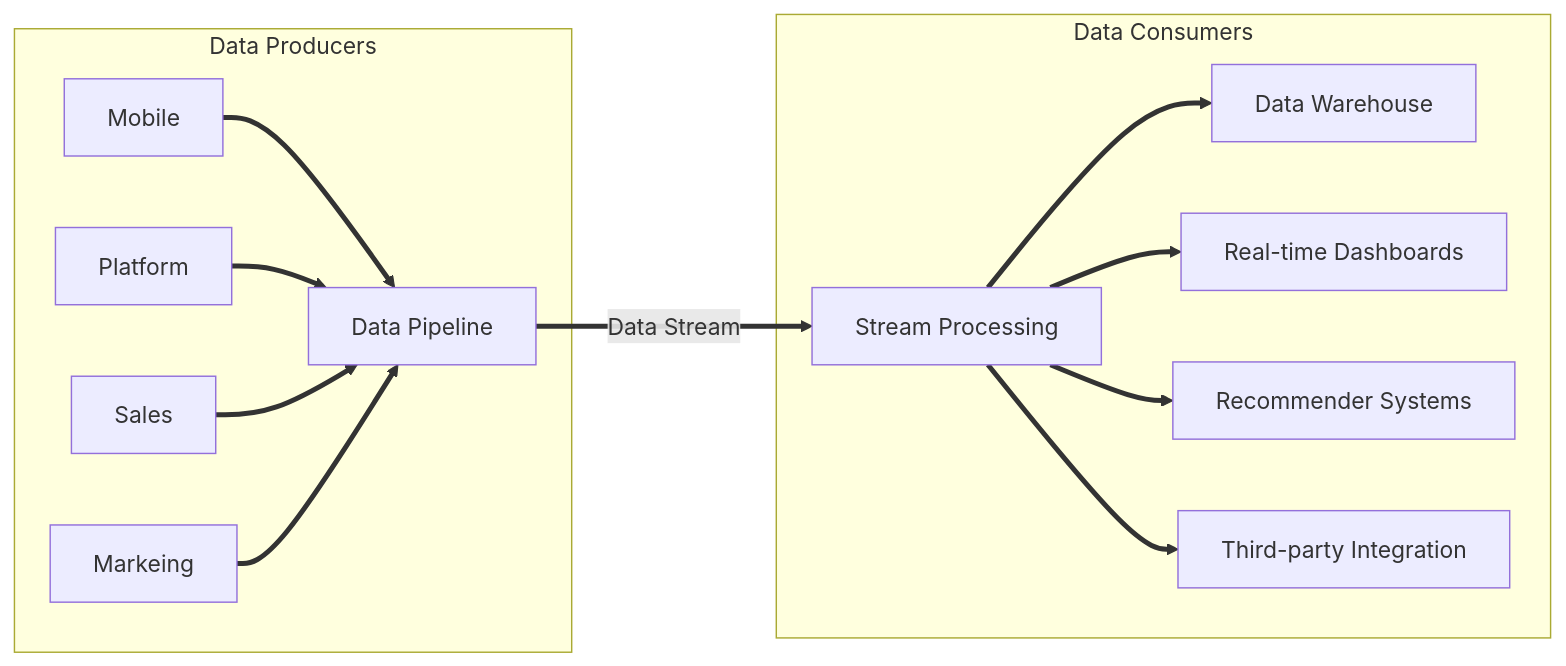
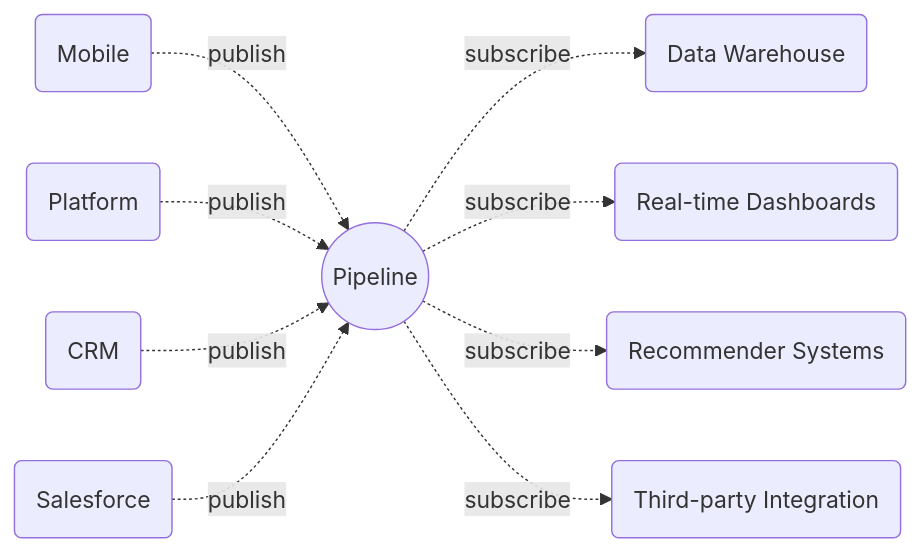
Before and after one commit to mtrienis/jekyll-mermaid-blog: the diagram in _posts/2015-08-04-data-pipeline.markdown, drawn with Mermaid. The commit also changed other lines of this file and 5 other files, not shown here.

```diff
--- a/_posts/2015-08-04-data-pipeline.markdown
+++ b/_posts/2015-08-04-data-pipeline.markdown
@@ -15,16 +17,12 @@
 {% mermaid %}
         graph LR
-        subgraph Data Producers
-        A[Mobile] ==> E[Data Pipeline] 
-        B[Platform] ==> E[Data Pipeline] 
-        C[Sales] ==> E[Data Pipeline] 
-        D[Markeing] ==> E[Data Pipeline] 
-        end
-        E[Data Pipeline]  ==Data Stream==> L[Stream Processing]
-        subgraph Data Consumers
-        L[Stream Processing] ==> G[Data Warehouse]
-        L[Stream Processing]  ==> I[Real-time Dashboards]
-        L[Stream Processing]  ==> J[Recommender Systems]
-        L[Stream Processing]  ==> K[Third-party Integration]
-        end
+ 
+        A(Mobile) -.publish.-> E((Pipeline)) 
+        B(Platform) -.publish.-> E((Pipeline))
+        C(CRM) -.publish.-> E((Pipeline)) 
+        D(Salesforce) -.publish.-> E((Pipeline))
+        E -.subscribe.-> G(Data Warehouse)
+        E -.subscribe.-> I(Real-time Dashboards)
+        E -.subscribe.-> J(Recommender Systems)
+        E -.subscribe.-> K(Third-party Integration)
 {% endmermaid %}
```
